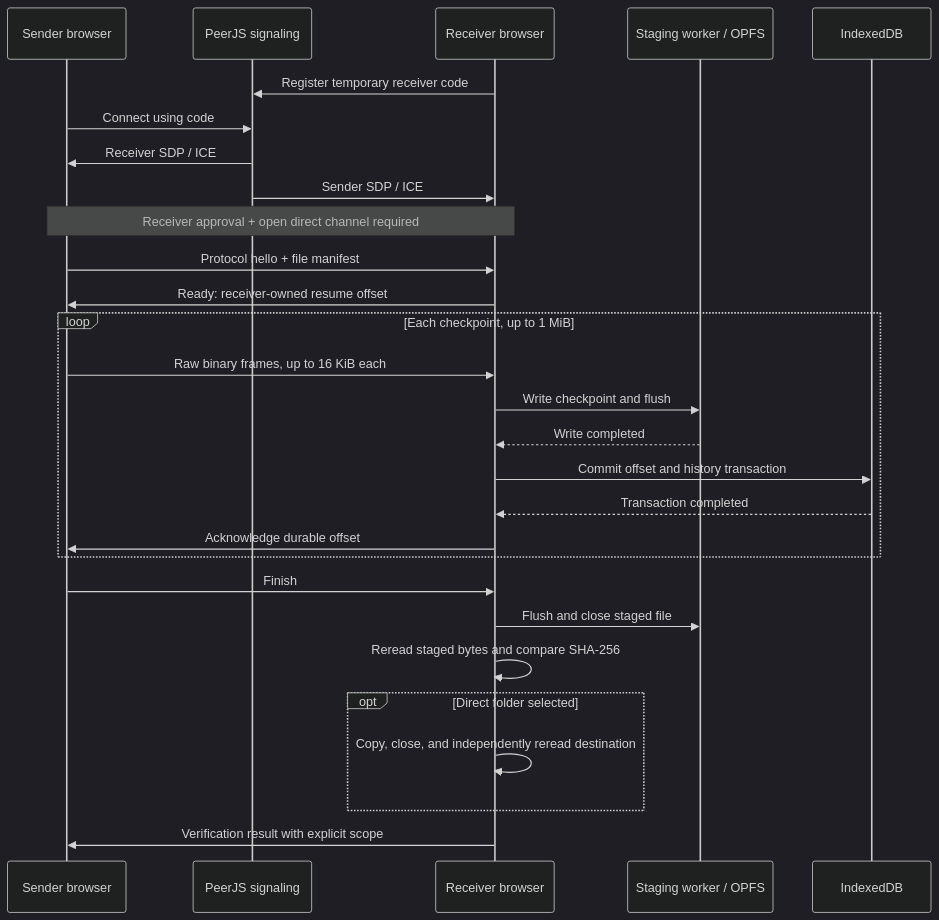
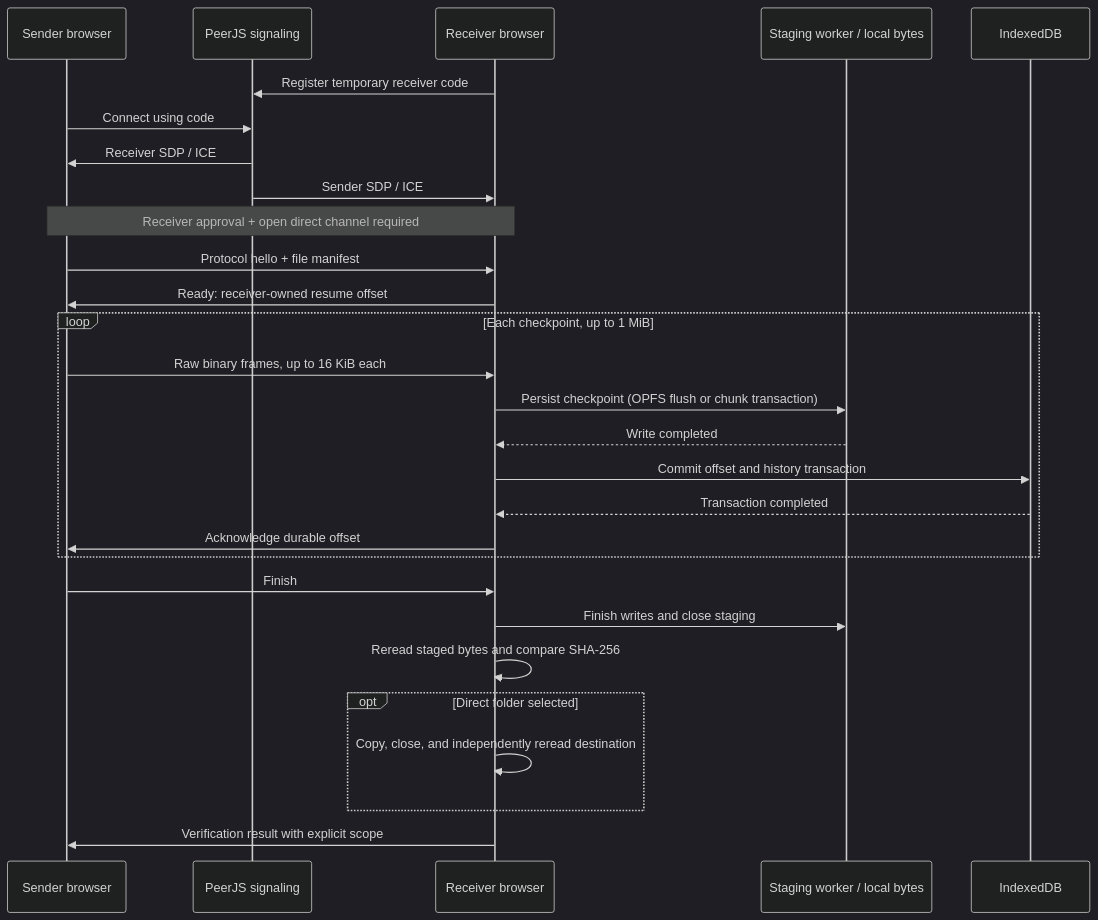
One commit to s4lmon778/PixelGate changed the diagram in README.md. Above: the diagram before and after it, drawn with Mermaid (dark theme). The commit also changed other lines of this file and 15 other files, not shown here.

Commit message:
Support older browsers with verified IndexedDB chunk staging

````diff
--- a/README.md
+++ b/README.md
@@ -85,30 +85,30 @@
 ```mermaid
 sequenceDiagram
     participant S as Sender browser
     participant P as PeerJS signaling
     participant R as Receiver browser
-    participant W as Staging worker / OPFS
+    participant W as Staging worker / local bytes
     participant D as IndexedDB
     R->>P: Register temporary receiver code
     S->>P: Connect using code
     P->>S: Receiver SDP / ICE
     P->>R: Sender SDP / ICE
     Note over S,R: Receiver approval + open direct channel required
     S->>R: Protocol hello + file manifest
     R->>S: Ready: receiver-owned resume offset
     loop Each checkpoint, up to 1 MiB
         S->>R: Raw binary frames, up to 16 KiB each
-        R->>W: Write checkpoint and flush
+        R->>W: Persist checkpoint (OPFS flush or chunk transaction)
         W-->>R: Write completed
         R->>D: Commit offset and history transaction
         D-->>R: Transaction completed
         R->>S: Acknowledge durable offset
     end
     S->>R: Finish
-    R->>W: Flush and close staged file
+    R->>W: Finish writes and close staging
     R->>R: Reread staged bytes and compare SHA-256
     opt Direct folder selected
         R->>R: Copy, close, and independently reread destination
     end
     R->>S: Verification result with explicit scope
 ```
````
